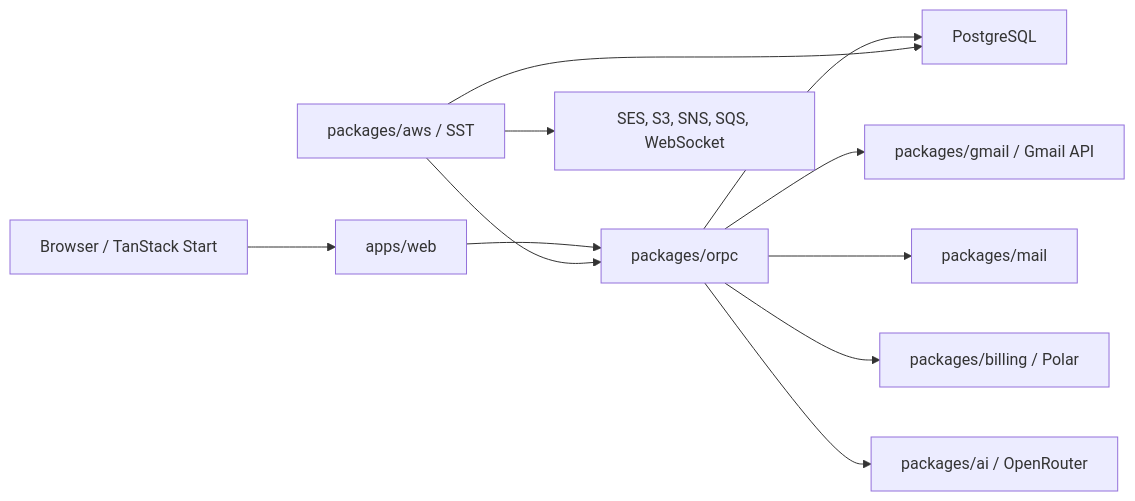
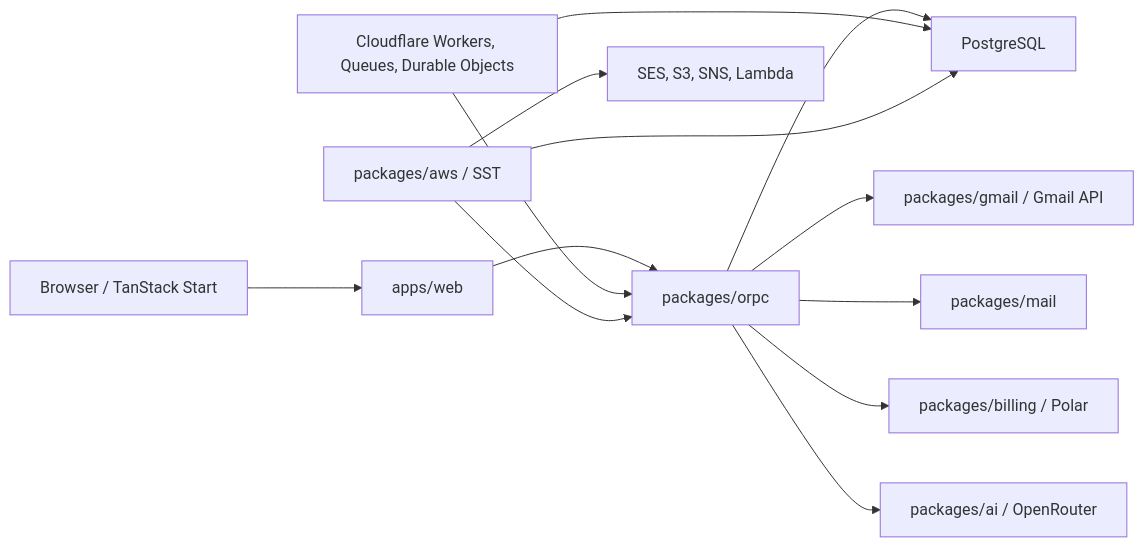
One commit to quieter-email/quieter changed the diagram in docs/architecture.md. Above: the diagram before and after it, drawn with Mermaid. The commit also changed other lines of this file and 43 other files, not shown here.

First line of the commit message:
feat(infra): move background jobs to cloudflare and remove polled sqs queues

````diff
--- a/docs/architecture.md
+++ b/docs/architecture.md
@@ -5,13 +5,15 @@
 ```mermaid
 flowchart LR
   Browser["Browser / TanStack Start"] --> Web["apps/web"]
   Web --> ORPC["packages/orpc"]
   ORPC --> DB["PostgreSQL"]
   ORPC --> Gmail["packages/gmail / Gmail API"]
   ORPC --> Mail["packages/mail"]
   ORPC --> Billing["packages/billing / Polar"]
   ORPC --> AI["packages/ai / OpenRouter"]
+  Cloudflare["Cloudflare Workers, Queues, Durable Objects"] --> ORPC
   AWS["packages/aws / SST"] --> ORPC
+  Cloudflare --> DB
   AWS --> DB
-  AWS --> MailInfra["SES, S3, SNS, SQS, WebSocket"]
+  AWS --> MailInfra["SES, S3, SNS, Lambda"]
 ```
````
